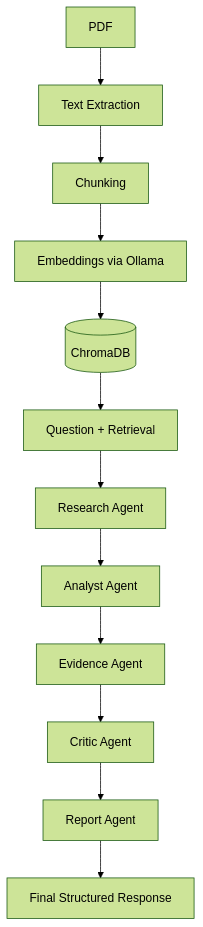
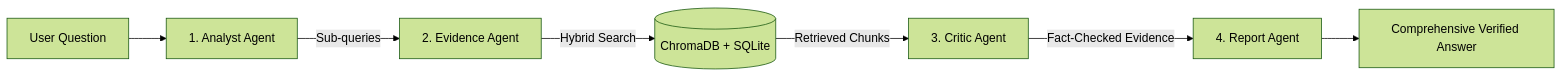
Before and after one commit to Spectre206/ResearchPilot: the second of 4 diagrams in README.md, drawn with Mermaid (forest theme). The commit also changed other lines of this file and 10 other files, not shown here.

````diff
--- a/README.md
+++ b/README.md
@@ -85,14 +53,9 @@
 ```mermaid
-flowchart TD
-    A[PDF] --> B[Text Extraction]
-    B --> C[Chunking]
-    C --> D[Embeddings via Ollama]
-    D --> E[(ChromaDB)]
-    E --> F[Question + Retrieval]
-    F --> G[Research Agent]
-    G --> H[Analyst Agent]
-    H --> I[Evidence Agent]
-    I --> J[Critic Agent]
-    J --> K[Report Agent]
-    K --> L[Final Structured Response]
+flowchart LR
+    Question[User Question] --> Analyst[1. Analyst Agent]
+    Analyst -->|Sub-queries| Evidence[2. Evidence Agent]
+    Evidence -->|Hybrid Search| Store[(ChromaDB + SQLite)]
+    Store -->|Retrieved Chunks| Critic[3. Critic Agent]
+    Critic -->|Fact-Checked Evidence| Report[4. Report Agent]
+    Report --> FinalResult[Comprehensive Verified Answer]
 ```
````
